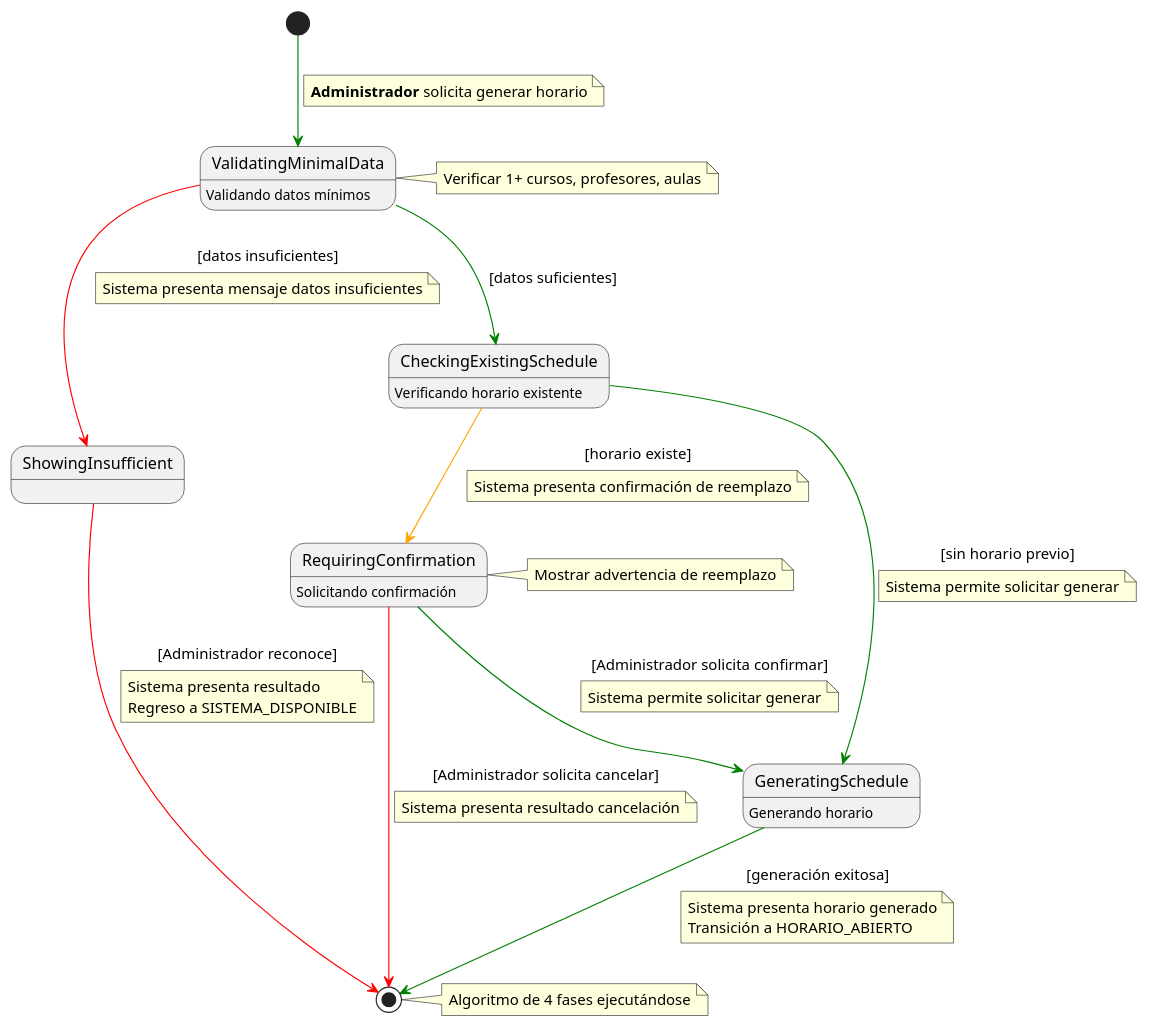
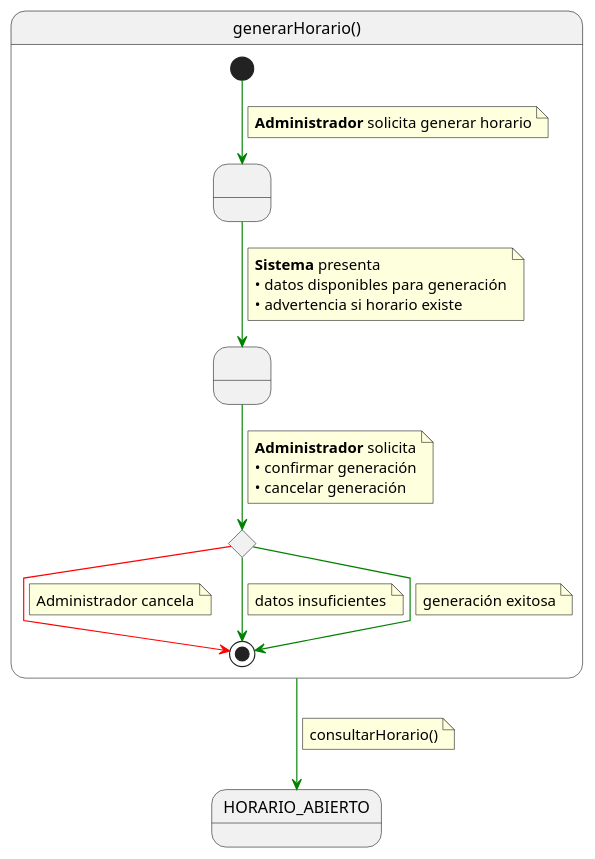
Before and after one commit to Hexcss/scheduler: the diagram in RUP/00-casos-uso/02-detalle/generarHorario/especificacion.puml, drawn with PlantUML. The commit also changed 8 other files, not shown here.

```diff
--- a/RUP/00-casos-uso/02-detalle/generarHorario/especificacion.puml
+++ b/RUP/00-casos-uso/02-detalle/generarHorario/especificacion.puml
@@ -1,58 +1,51 @@
 @startuml generarHorario
 
-[*] -[#green]-> ValidatingMinimalData 
+skinparam linetype polyline
+
+state generarHorario as "generarHorario()" {
+
+    state " " as RequiringGeneration
+    state " " as ProvidingConfirmation
+    state c <<choice>>
+
+    [*] -[#green]-> RequiringGeneration 
+    note on link
+    <b>Administrador</b> solicita generar horario
+    end note    
+    
+    RequiringGeneration -[#green]-> ProvidingConfirmation
+    note on link
+    <b>Sistema</b> presenta
+    • datos disponibles para generación
+    • advertencia si horario existe
+    end note
+    
+    ProvidingConfirmation -[#green]-> c
+    note on link
+    <b>Administrador</b> solicita
+    • confirmar generación
+    • cancelar generación
+    end note
+    
+    c -[#red]-> [*]
+    note on link
+    Administrador cancela
+    end note
+
+    c -[#green]-> [*]
+    note on link
+    datos insuficientes
+    end note
+
+    c -[#green]-> [*]
+    note on link
+    generación exitosa
+    end note
+}
+
+generarHorario -[#green]-> HORARIO_ABIERTO
 note on link
-<b>Administrador</b> solicita generar horario
-end note
-
-ValidatingMinimalData : Validando datos mínimos
-note right : Verificar 1+ cursos, profesores, aulas
-
-ValidatingMinimalData -[#red]-> ShowingInsufficient : [datos insuficientes]
-note on link
-Sistema presenta mensaje datos insuficientes
-end note
-
-ValidatingMinimalData -[#green]-> CheckingExistingSchedule : [datos suficientes]
-
-CheckingExistingSchedule : Verificando horario existente
-
-CheckingExistingSchedule -[#green]-> GeneratingSchedule : [sin horario previo]
-note on link
-Sistema permite solicitar generar
-end note
-
-CheckingExistingSchedule -[#orange]-> RequiringConfirmation : [horario existe]
-note on link
-Sistema presenta confirmación de reemplazo
-end note
-
-RequiringConfirmation : Solicitando confirmación
-note right : Mostrar advertencia de reemplazo
-
-RequiringConfirmation -[#red]-> [*] : [Administrador solicita cancelar]
-note on link
-Sistema presenta resultado cancelación
-end note
-
-RequiringConfirmation -[#green]-> GeneratingSchedule : [Administrador solicita confirmar]
-note on link
-Sistema permite solicitar generar
-end note
-
-GeneratingSchedule : Generando horario
-note right : Algoritmo de 4 fases ejecutándose
-
-GeneratingSchedule -[#green]-> [*] : [generación exitosa]
-note on link
-Sistema presenta horario generado
-Transición a HORARIO_ABIERTO
-end note
-
-ShowingInsufficient -[#red]-> [*] : [Administrador reconoce]
-note on link
-Sistema presenta resultado
-Regreso a SISTEMA_DISPONIBLE
+consultarHorario()
 end note
 
 @enduml
```
